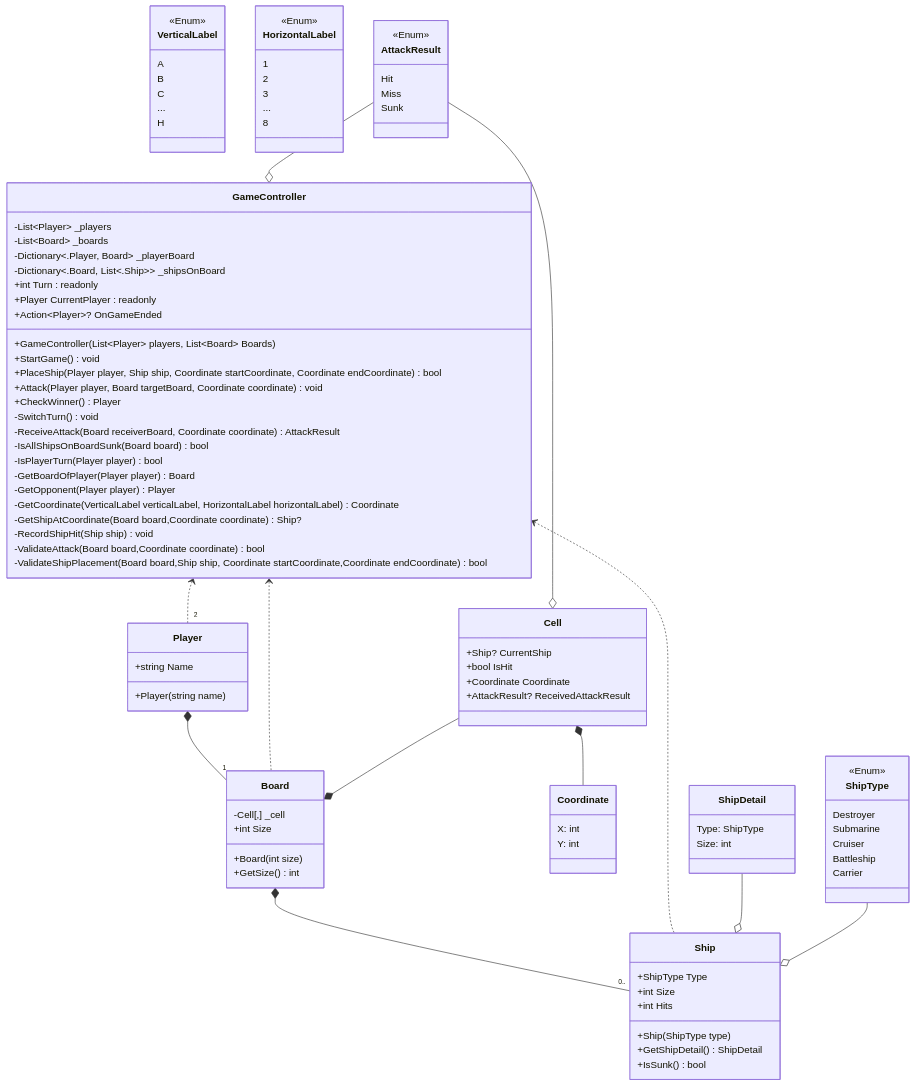
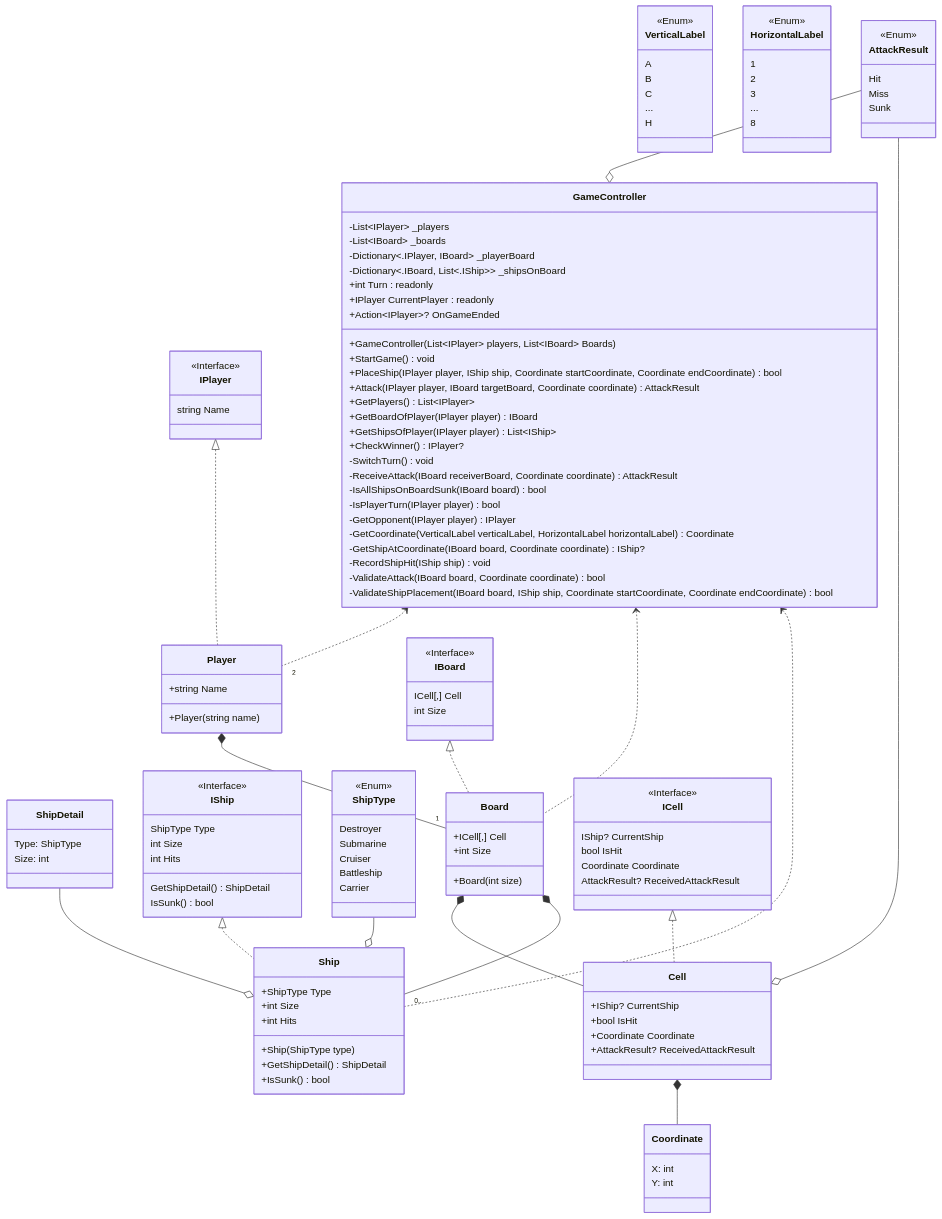
Before and after one commit to Zulfaabam/bootcamp-formulatrix: the diagram in battleships.md, drawn with Mermaid. The commit also changed other lines of this file, not shown here.

````diff
--- a/battleships.md
+++ b/battleships.md
@@ -12,6 +14,14 @@
     class Coordinate {
         X: int
         Y: int
+    }
+
+    class IShip {
+        ShipType Type
+        int Size
+        int Hits
+        GetShipDetail() ShipDetail
+        IsSunk() bool
     }
 
     class Ship {
@@ -47,16 +57,24 @@
         8
     }
 
+    class IPlayer {
+        string Name
+    }
+
     class Player {
         +string Name
         +Player(string name)
     }
 
+    class IBoard {
+        ICell[,] Cell
+        int Size
+    }
+
     class Board {
-        -Cell[,] _cell
+        +ICell[,] Cell
         +int Size
         +Board(int size)
-        +GetSize() int
     }
 
     class AttackResult {
@@ -65,37 +83,46 @@
         Sunk
     }
 
+    class ICell {
+        IShip? CurrentShip
+        bool IsHit
+        Coordinate Coordinate
+        AttackResult? ReceivedAttackResult
+    }
+
     class Cell {
-        +Ship? CurrentShip
+        +IShip? CurrentShip
         +bool IsHit
         +Coordinate Coordinate
         +AttackResult? ReceivedAttackResult
     }
 
     class GameController {
-        -List~Player~ _players
-        -List~Board~ _boards
-        -Dictionary<.Player, Board> _playerBoard
-        -Dictionary<.Board, List<.Ship>> _shipsOnBoard
+        -List~IPlayer~ _players
+        -List~IBoard~ _boards
+        -Dictionary<.IPlayer, IBoard> _playerBoard
+        -Dictionary<.IBoard, List<.IShip>> _shipsOnBoard
         +int Turn : readonly
-        +Player CurrentPlayer : readonly
-        +Action~Player~? OnGameEnded
-        +GameController(List~Player~ players, List~Board~ Boards)
+        +IPlayer CurrentPlayer : readonly
+        +Action~IPlayer~? OnGameEnded
+        +GameController(List~IPlayer~ players, List~IBoard~ Boards)
         +StartGame() void
-        +PlaceShip(Player player, Ship ship, Coordinate startCoordinate, Coordinate endCoordinate) bool
-        +Attack(Player player, Board targetBoard, Coordinate coordinate) void
-        +CheckWinner() Player
+        +PlaceShip(IPlayer player, IShip ship, Coordinate startCoordinate, Coordinate endCoordinate) bool
+        +Attack(IPlayer player, IBoard targetBoard, Coordinate coordinate) AttackResult
+        +GetPlayers() List~IPlayer~
+        +GetBoardOfPlayer(IPlayer player) IBoard
+        +GetShipsOfPlayer(IPlayer player) List~IShip~
+        +CheckWinner() IPlayer?
         -SwitchTurn() void
-        -ReceiveAttack(Board receiverBoard, Coordinate coordinate) AttackResult
-        -IsAllShipsOnBoardSunk(Board board) bool
-        -IsPlayerTurn(Player player) bool
-        -GetBoardOfPlayer(Player player) Board
-        -GetOpponent(Player player) Player
+        -ReceiveAttack(IBoard receiverBoard, Coordinate coordinate) AttackResult
+        -IsAllShipsOnBoardSunk(IBoard board) bool
+        -IsPlayerTurn(IPlayer player) bool
+        -GetOpponent(IPlayer player) IPlayer
         -GetCoordinate(VerticalLabel verticalLabel, HorizontalLabel horizontalLabel) Coordinate
-        -GetShipAtCoordinate(Board board,Coordinate coordinate) Ship?
-        -RecordShipHit(Ship ship) void
-        -ValidateAttack(Board board,Coordinate coordinate) bool
-        -ValidateShipPlacement(Board board,Ship ship, Coordinate startCoordinate,Coordinate endCoordinate) bool
+        -GetShipAtCoordinate(IBoard board, Coordinate coordinate) IShip?
+        -RecordShipHit(IShip ship) void
+        -ValidateAttack(IBoard board, Coordinate coordinate) bool
+        -ValidateShipPlacement(IBoard board, IShip ship, Coordinate startCoordinate, Coordinate endCoordinate) bool
     }
 
 
@@ -104,15 +131,31 @@
     <<Enum>> VerticalLabel
     <<Enum>> HorizontalLabel
 
+    <<Interface>> IPlayer
+    <<Interface>> IBoard
+    <<Interface>> IShip
+    <<Interface>> ICell
+
     Player *-- "1" Board
+    Board *-- Cell
     Board *-- "0.." Ship
     Cell *-- Coordinate
+
     GameController <.. "2" Player
     GameController <.. Board
     GameController <.. Ship
+
     ShipDetail --o Ship
     ShipType --o Ship
+
     AttackResult --o GameController
     AttackResult --o Cell
-    Cell --* Board
+
+    ICell <|.. Cell
+
+    IBoard <|.. Board
+
+    IPlayer <|.. Player
+
+    IShip <|.. Ship
 ```
````
